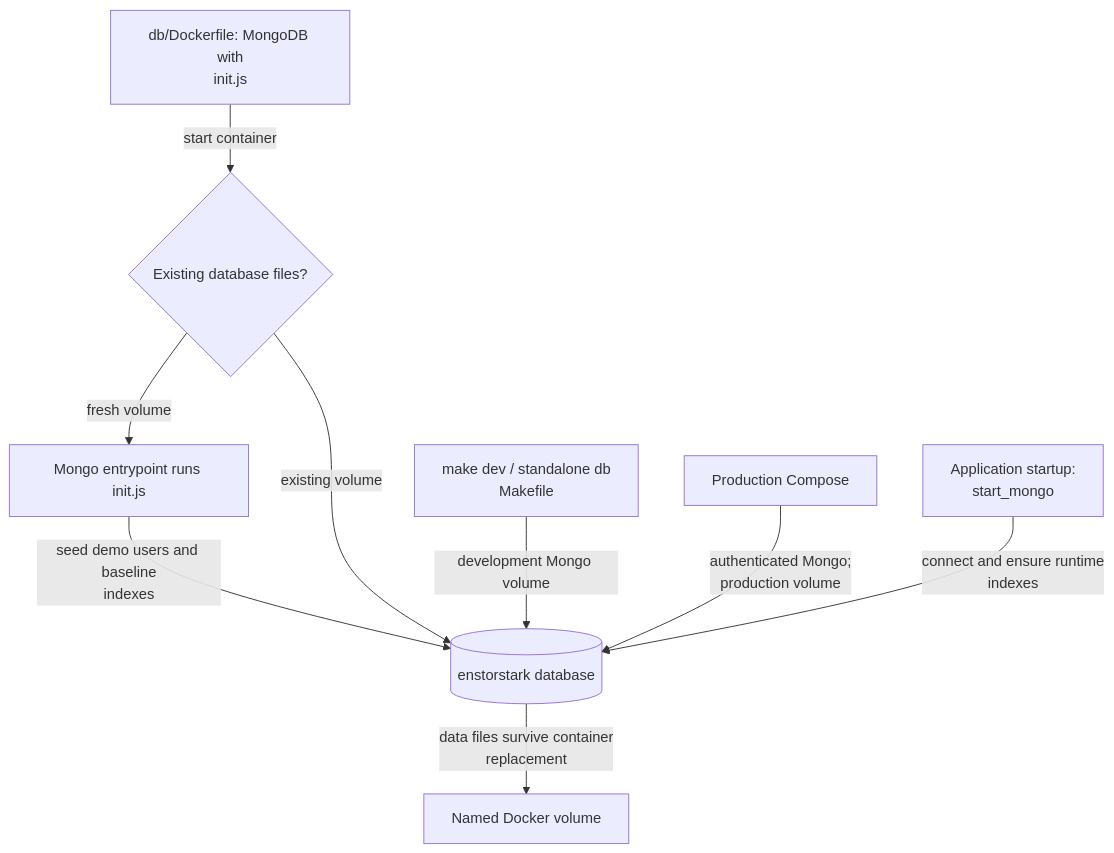
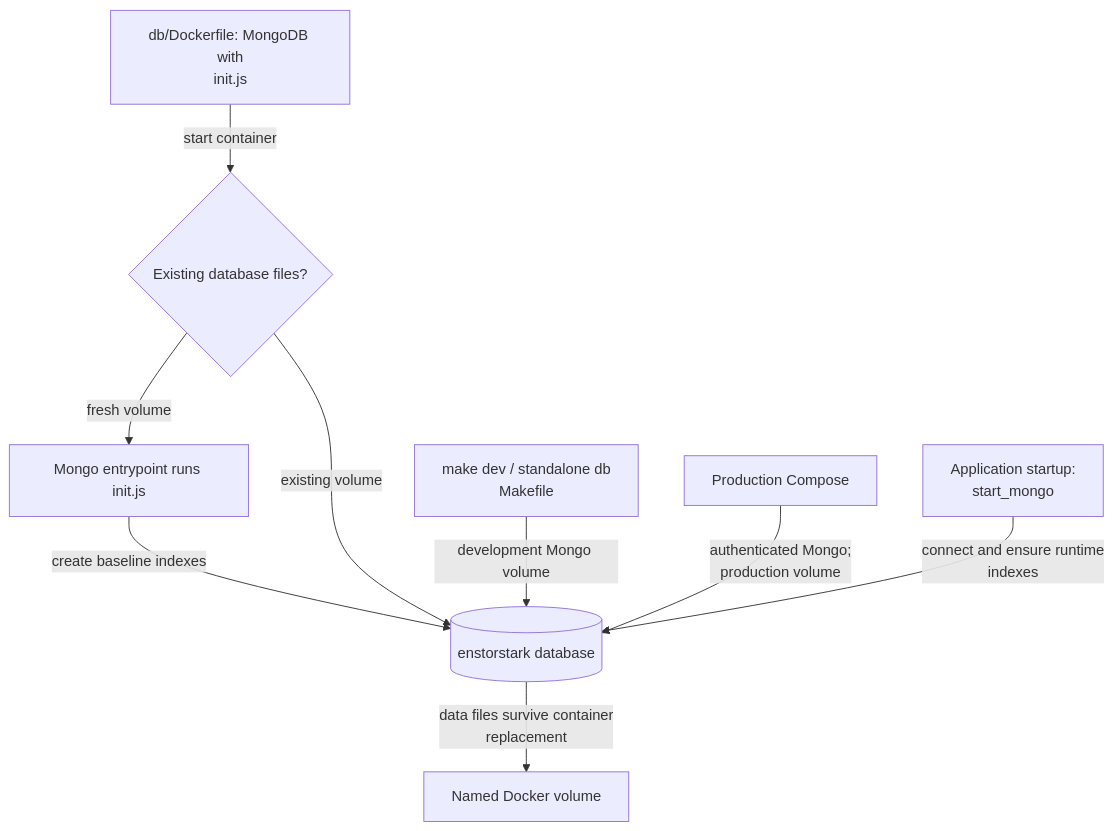
The diagram in db/README.md (jonathan-lindqvist/enstorstarkreview), drawn with Mermaid before and after one commit. The commit also changed other lines of this file and 7 other files, not shown here.

````diff
--- a/db/README.md
+++ b/db/README.md
@@ -14,11 +14,11 @@
 ```mermaid
 flowchart TD
     Image["db/Dockerfile: MongoDB with<br/>init.js"] -->|"start container"| Volume{"Existing database files?"}
     Volume -->|"fresh volume"| Init["Mongo entrypoint runs init.js"]
-    Init -->|"seed demo users and baseline<br/>indexes"| DB[("enstorstark database")]
+    Init -->|"create baseline indexes"| DB[("enstorstark database")]
     Volume -->|"existing volume"| DB
     Dev["make dev / standalone db<br/>Makefile"] -->|"development Mongo volume"| DB
     Prod["Production Compose"] -->|"authenticated Mongo;<br/>production volume"| DB
     App["Application startup:<br/>start_mongo"] -->|"connect and ensure runtime<br/>indexes"| DB
     DB -->|"data files survive container<br/>replacement"| Files["Named Docker volume"]
 ```
````
